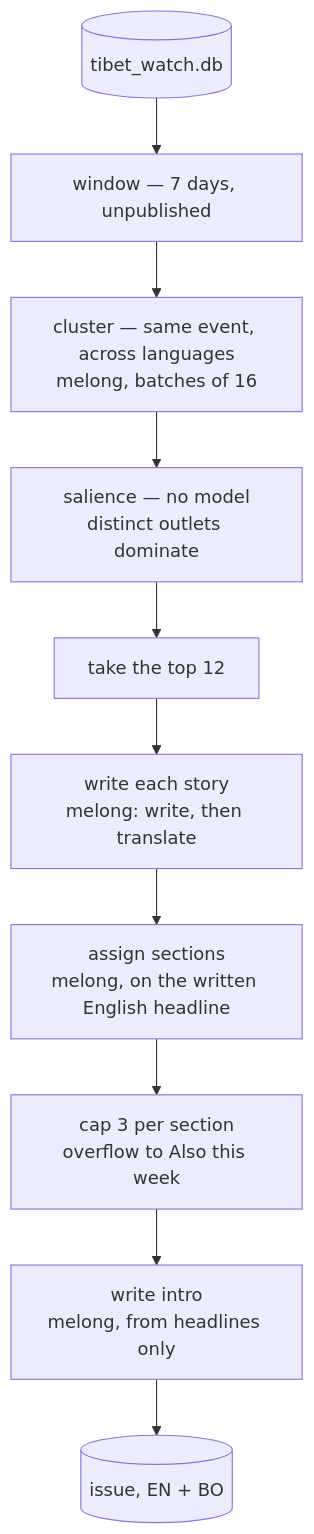
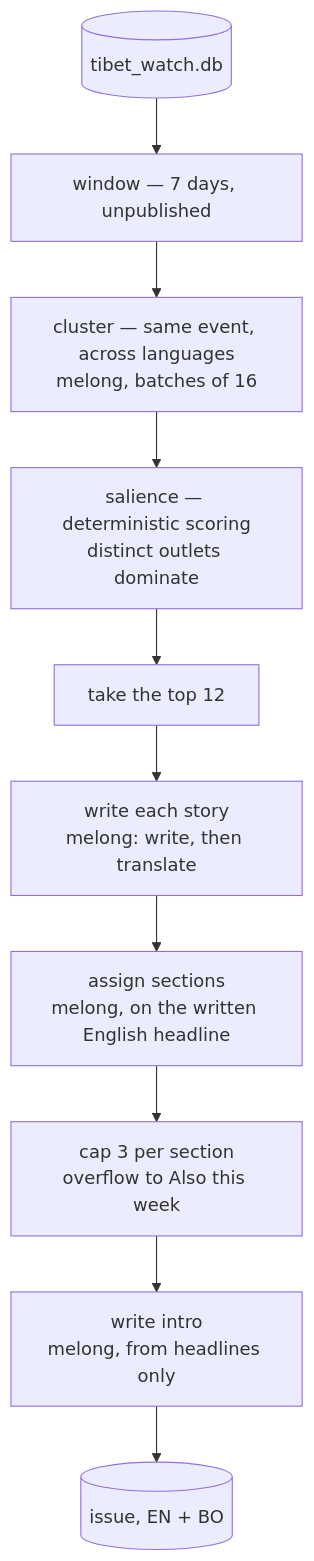
One commit to tenlhak/monlam_hackathon26 changed the seventh of 7 diagrams in README.md. Above: the diagram before and after it, drawn with Mermaid. The commit also changed other lines of this file, not shown here.

````diff
--- a/README.md
+++ b/README.md
@@ -259,12 +283,12 @@
 ```mermaid
 flowchart TD
     DB[("tibet_watch.db")] --> W["window — 7 days, unpublished"]
     W --> C["cluster — same event, across languages<br/>melong, batches of 16"]
-    C --> S["salience — no model<br/>distinct outlets dominate"]
+    C --> S["salience — deterministic scoring<br/>distinct outlets dominate"]
     S --> T["take the top 12"]
     T --> WS["write each story<br/>melong: write, then translate"]
     WS --> AS["assign sections<br/>melong, on the written English headline"]
     AS --> Cap["cap 3 per section<br/>overflow to Also this week"]
     Cap --> IN["write intro<br/>melong, from headlines only"]
     IN --> Issue[("issue, EN + BO")]
 ```
````
